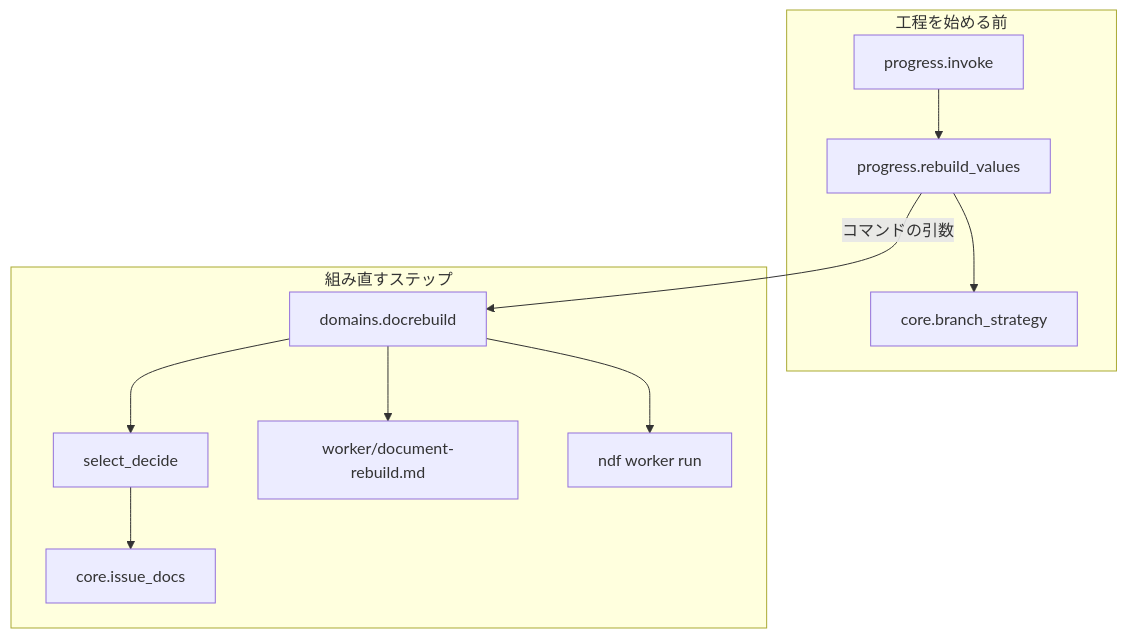
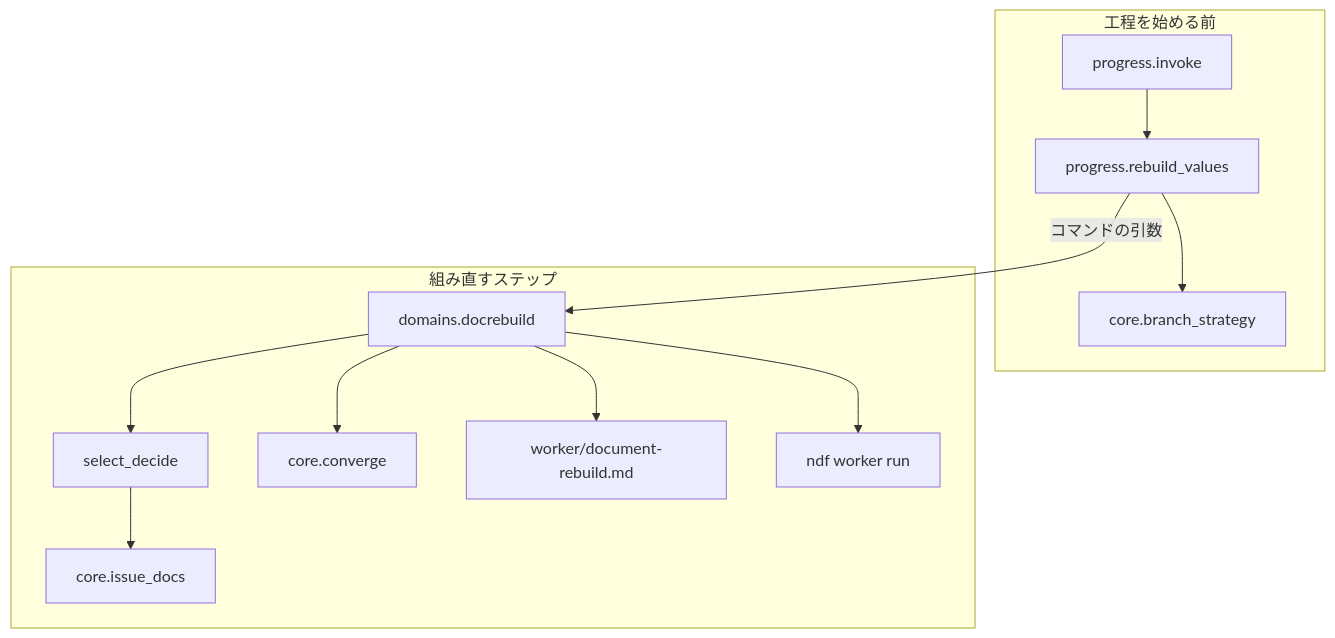
Before and after one commit to devbasex/ai-plugins: the third of 4 diagrams in issues/issue-4337-design.md, drawn with Mermaid. The commit also changed other lines of this file, not shown here.

````diff
--- a/issues/issue-4337-design.md
+++ b/issues/issue-4337-design.md
@@ -118,14 +123,15 @@
 ```mermaid
 flowchart TD
     subgraph 工程を始める前
         I["progress.invoke"] --> V["progress.rebuild_values"]
         V --> BS["core.branch_strategy"]
     end
     subgraph 組み直すステップ
         C["domains.docrebuild"] --> SD["select_decide"]
         SD --> ID["core.issue_docs"]
+        C --> CV["core.converge"]
         C --> TP["worker/document-rebuild.md"]
         C --> WR["ndf worker run"]
     end
     V -->|コマンドの引数| C
 ```
````
